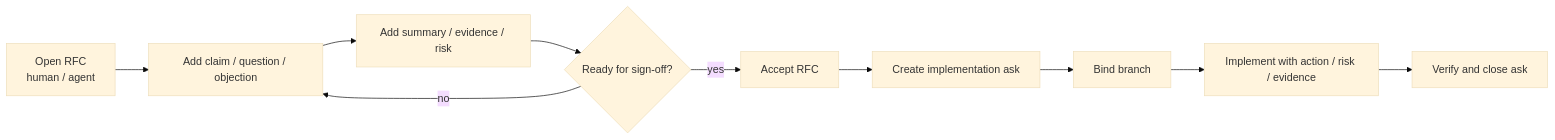
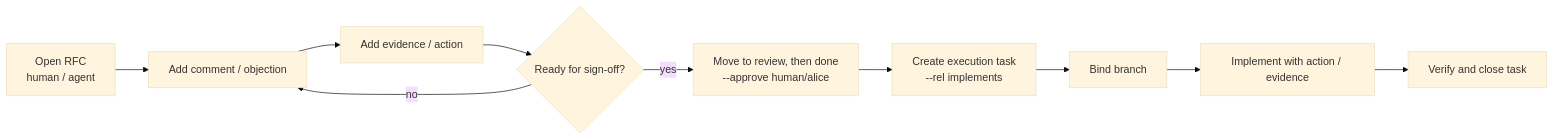
Before and after one commit to tmineno/gitforum: the diagram in README.md, drawn with Mermaid. The commit also changed other lines of this file and 2 other files, not shown here.

````diff
--- a/README.md
+++ b/README.md
@@ -12,18 +15,18 @@
 ```mermaid
 ---
 config:
   theme: "base"
   themeVariables:
     fontSize: 16px
 ---
 flowchart LR
-    A[Open RFC<br/>human / agent] --> B[Add claim / question / objection]
-    B --> C[Add summary / evidence / risk]
+    A[Open RFC<br/>human / agent] --> B[Add comment / objection]
+    B --> C[Add evidence / action]
     C --> D{Ready for sign-off?}
     D -- no --> B
-    D -- yes --> E[Accept RFC]
-    E --> F[Create implementation ask]
+    D -- yes --> E[Move to review, then done<br/>--approve human/alice]
+    E --> F[Create execution task<br/>--rel implements]
     F --> G[Bind branch]
-    G --> H[Implement with action / risk / evidence]
-    H --> I[Verify and close ask]
+    G --> H[Implement with action / evidence]
+    H --> I[Verify and close task]
 ```
````
